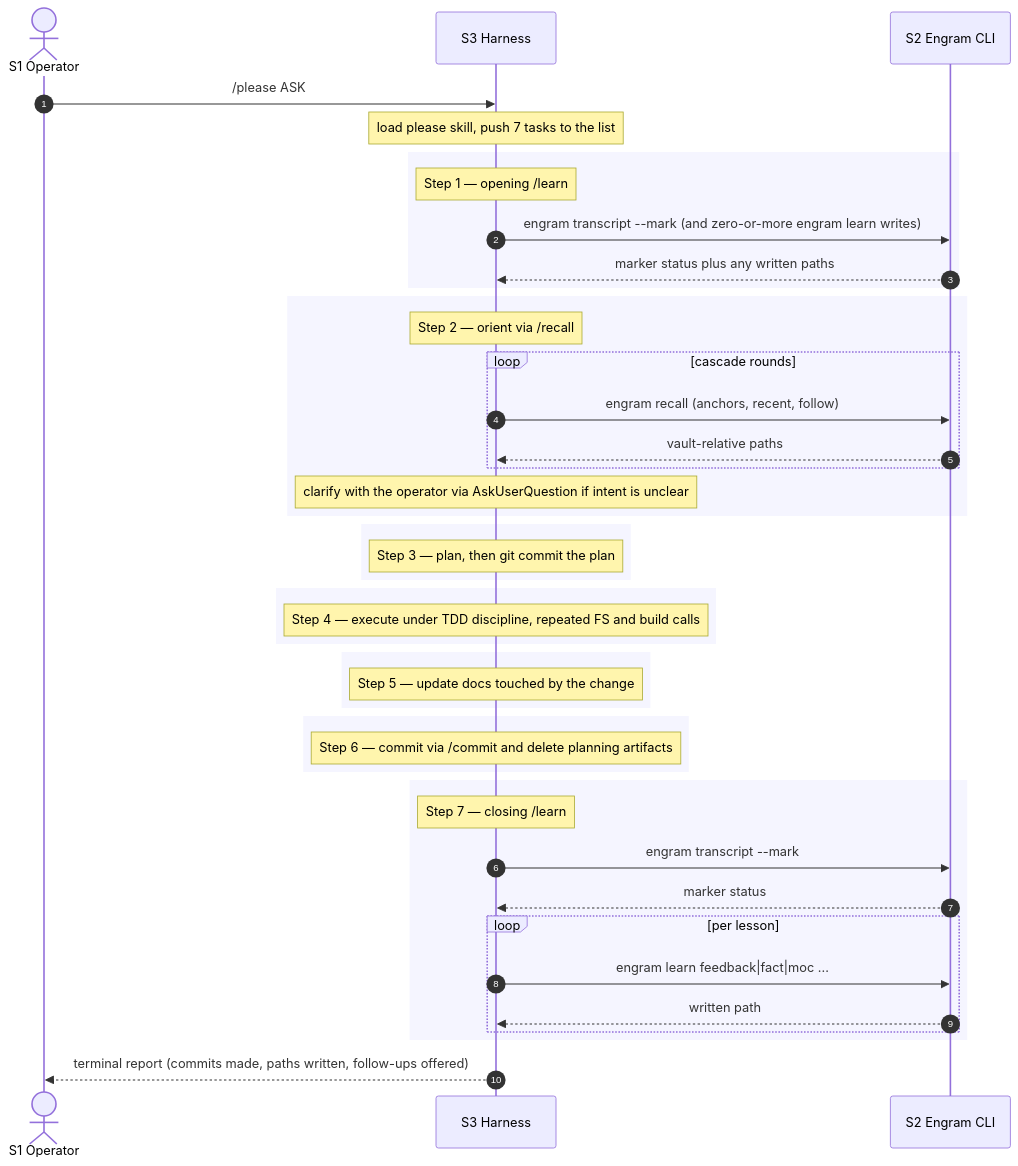
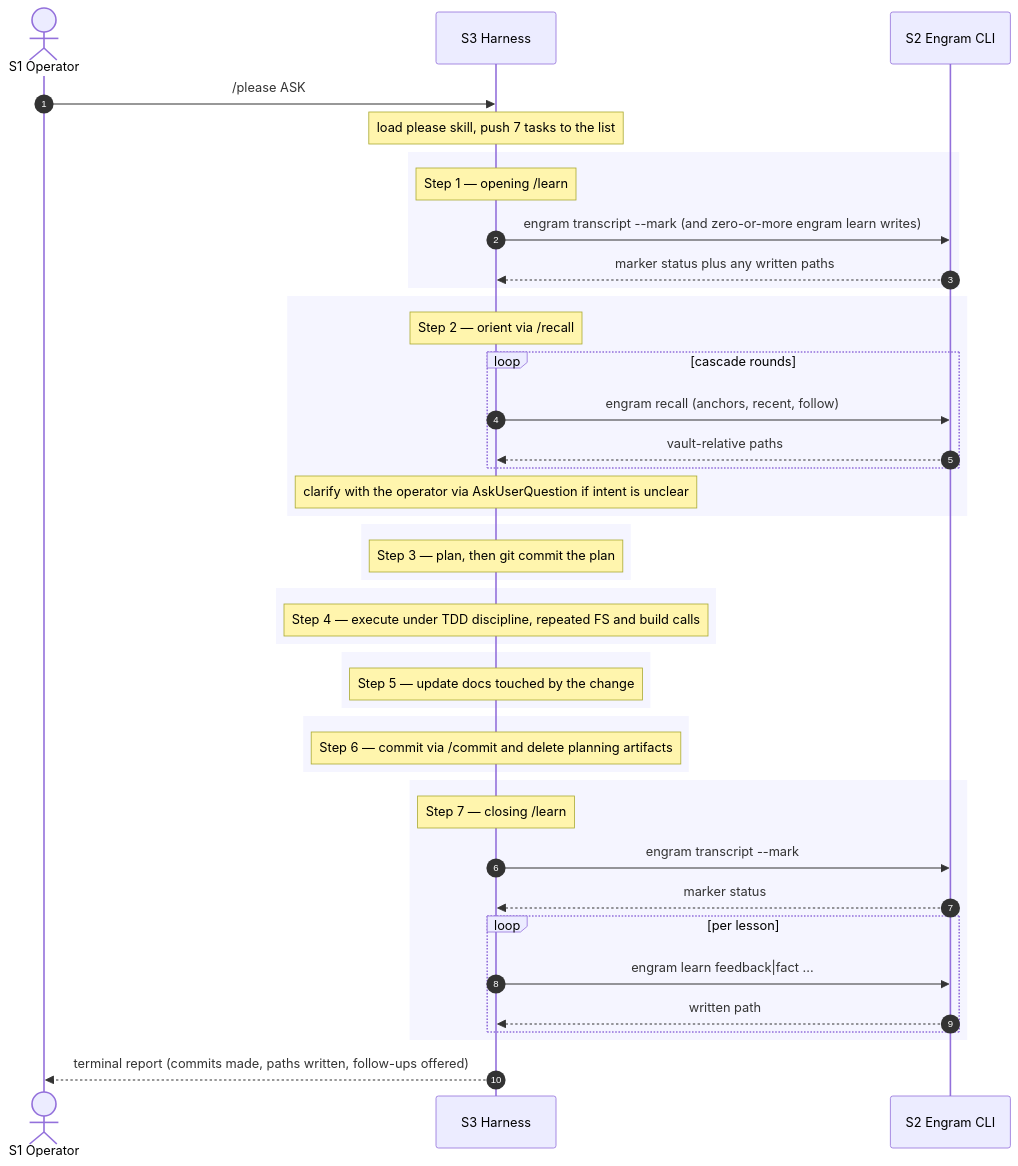
Before and after one commit to toejough/engram: the fourth of 5 diagrams in docs/architecture/c1-system-context.md, drawn with Mermaid. The commit also changed other lines of this file and 3 other files, not shown here.

First line of the commit message:
refactor: drop MOCs/ from vault bootstrap; sync L1 diagram

````diff
--- a/docs/architecture/c1-system-context.md
+++ b/docs/architecture/c1-system-context.md
@@ -173,53 +173,53 @@
 ```mermaid
 sequenceDiagram
     autonumber
     actor Op as S1 Operator
     participant H as S3 Harness
     participant E as S2 Engram CLI
 
     Op->>H: /please ASK
     Note over H: load please skill, push 7 tasks to the list
 
     rect rgb(245,245,255)
         Note over H: Step 1 — opening /learn
         H->>E: engram transcript --mark (and zero-or-more engram learn writes)
         E-->>H: marker status plus any written paths
     end
 
     rect rgb(245,245,255)
         Note over H: Step 2 — orient via /recall
         loop cascade rounds
             H->>E: engram recall (anchors, recent, follow)
             E-->>H: vault-relative paths
         end
         Note over H: clarify with the operator via AskUserQuestion if intent is unclear
     end
 
     rect rgb(245,245,255)
         Note over H: Step 3 — plan, then git commit the plan
     end
 
     rect rgb(245,245,255)
         Note over H: Step 4 — execute under TDD discipline, repeated FS and build calls
     end
 
     rect rgb(245,245,255)
         Note over H: Step 5 — update docs touched by the change
     end
 
     rect rgb(245,245,255)
         Note over H: Step 6 — commit via /commit and delete planning artifacts
     end
 
     rect rgb(245,245,255)
         Note over H: Step 7 — closing /learn
         H->>E: engram transcript --mark
         E-->>H: marker status
         loop per lesson
-            H->>E: engram learn feedback|fact|moc ...
+            H->>E: engram learn feedback|fact ...
             E-->>H: written path
         end
     end
 
     H-->>Op: terminal report (commits made, paths written, follow-ups offered)
 ```
````
